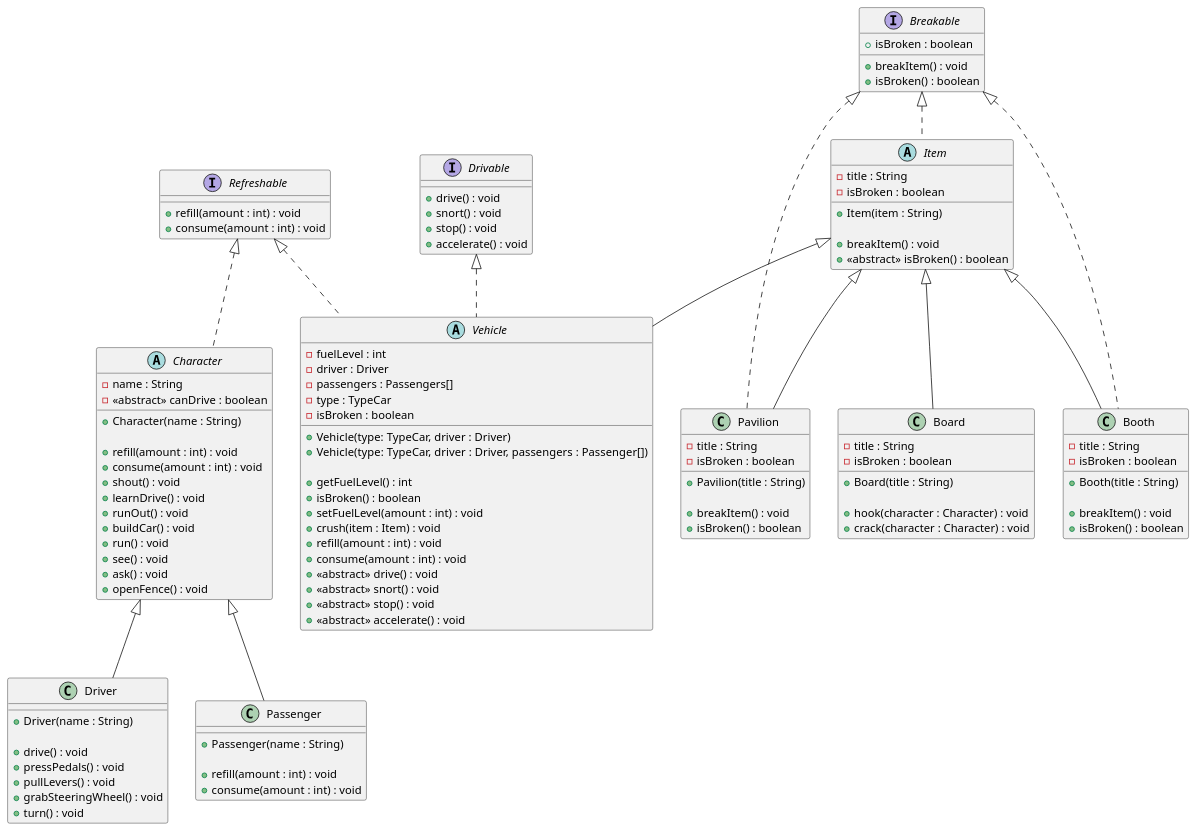
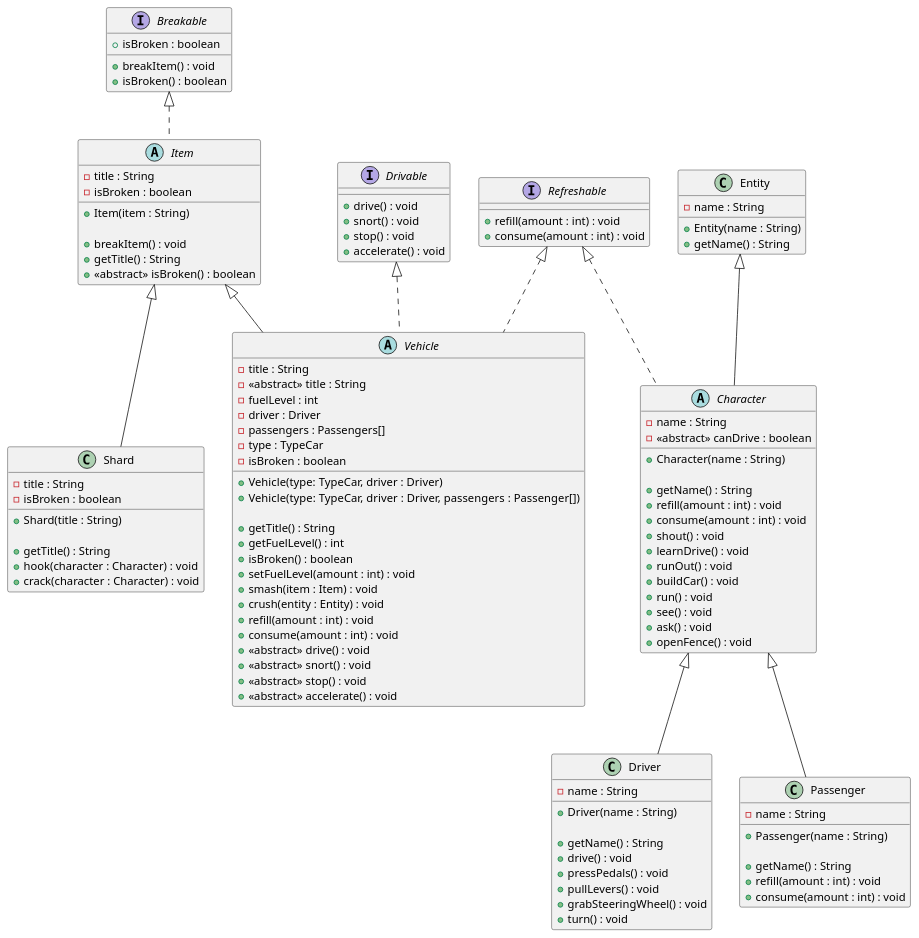
The diagram in laboratory3/project.puml (ArteMyasnik/ArteMyasnik_programming_laboratory_3), drawn with PlantUML before and after one commit. The commit also changed 26 other files, not shown here.

```diff
--- a/laboratory3/project.puml
+++ b/laboratory3/project.puml
@@ -26,40 +26,46 @@
     + Item(item : String)
 
     + breakItem() : void
+    + getTitle() : String
     + <<abstract>> isBroken() : boolean
 }
 
-class Booth extends Item implements Breakable {
+'class Booth extends Item implements Breakable {
+'    - title : String
+'    - isBroken : boolean
+'
+'    + Booth(title : String)
+'
+'    + breakItem() : void
+'    + getTitle() : String
+'    + isBroken() : boolean
+'}
+'
+'class Pavilion extends Item implements Breakable {
+'    - title : String
+'    - isBroken : boolean
+'
+'    + Pavilion(title : String)
+'
+'    + breakItem() : void
+'    + getTitle() : String
+'    + isBroken() : boolean
+'}
+
+class Shard extends Item {
     - title : String
     - isBroken : boolean
 
-    + Booth(title : String)
+    + Shard(title : String)
 
-    + breakItem() : void
-    + isBroken() : boolean
-}
-
-class Pavilion extends Item implements Breakable {
-    - title : String
-    - isBroken : boolean
-
-    + Pavilion(title : String)
-
-    + breakItem() : void
-    + isBroken() : boolean
-}
-
-class Board extends Item {
-    - title : String
-    - isBroken : boolean
-
-    + Board(title : String)
-
+    + getTitle() : String
     + hook(character : Character) : void
     + crack(character : Character) : void
 }
 
 abstract class Vehicle extends Item implements Drivable, Refreshable{
+    - title : String
+    - <<abstract>> title : String
     - fuelLevel : int
     - driver : Driver
     - passengers : Passengers[]
@@ -69,10 +75,12 @@
     + Vehicle(type: TypeCar, driver : Driver)
     + Vehicle(type: TypeCar, driver : Driver, passengers : Passenger[])
 
+    + getTitle() : String
     + getFuelLevel() : int
     + isBroken() : boolean
     + setFuelLevel(amount : int) : void
-    + crush(item : Item) : void
+    + smash(item : Item) : void
+    + crush(entity : Entity) : void
     + refill(amount : int) : void
     + consume(amount : int) : void
     + <<abstract>> drive() : void
@@ -81,12 +89,20 @@
     + <<abstract>> accelerate() : void
 }
 
-abstract class Character implements Refreshable{
+class Entity {
+    - name : String
+
+    + Entity(name : String)
+    + getName() : String
+}
+
+abstract class Character extends Entity implements Refreshable{
     - name : String
     - <<abstract>> canDrive : boolean
 
     + Character(name : String)
 
+    + getName() : String
     + refill(amount : int) : void
     + consume(amount : int) : void
     + shout() : void
@@ -100,8 +116,11 @@
 }
 
 class Driver extends Character {
+    - name : String
+
     + Driver(name : String)
 
+    + getName() : String
     + drive() : void
     + pressPedals() : void
     + pullLevers() : void
@@ -110,8 +129,11 @@
 }
 
 class Passenger extends Character {
+    - name : String
+
     + Passenger(name : String)
 
+    + getName() : String
     + refill(amount : int) : void
     + consume(amount : int) : void
 }
```
